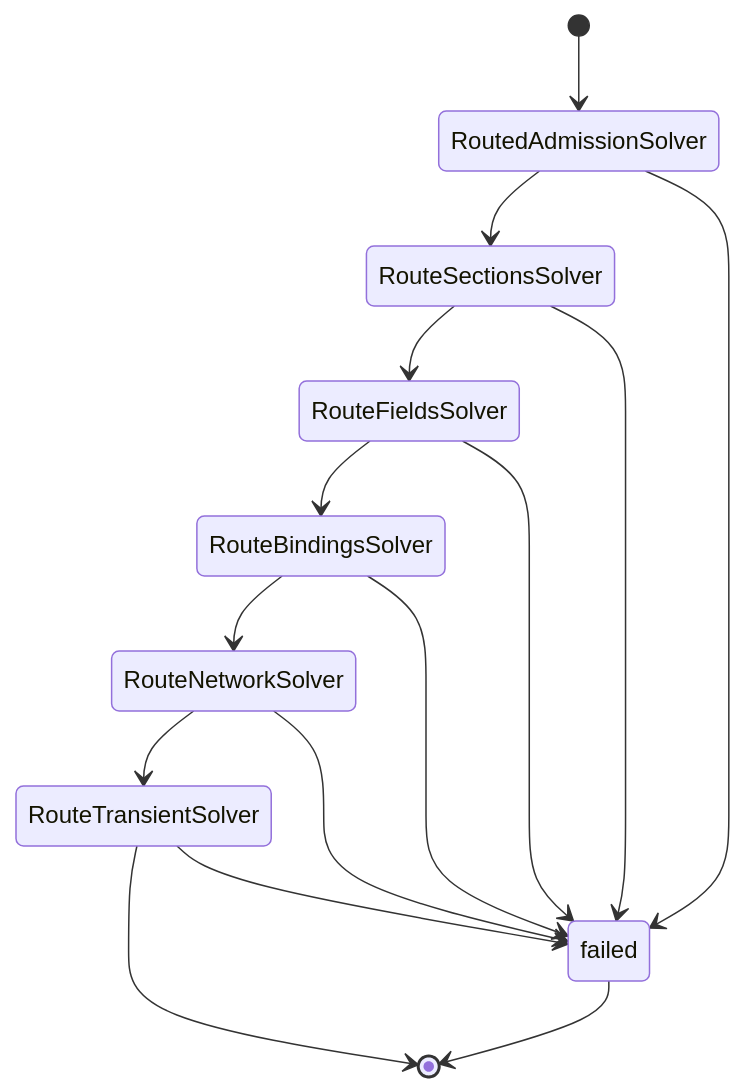
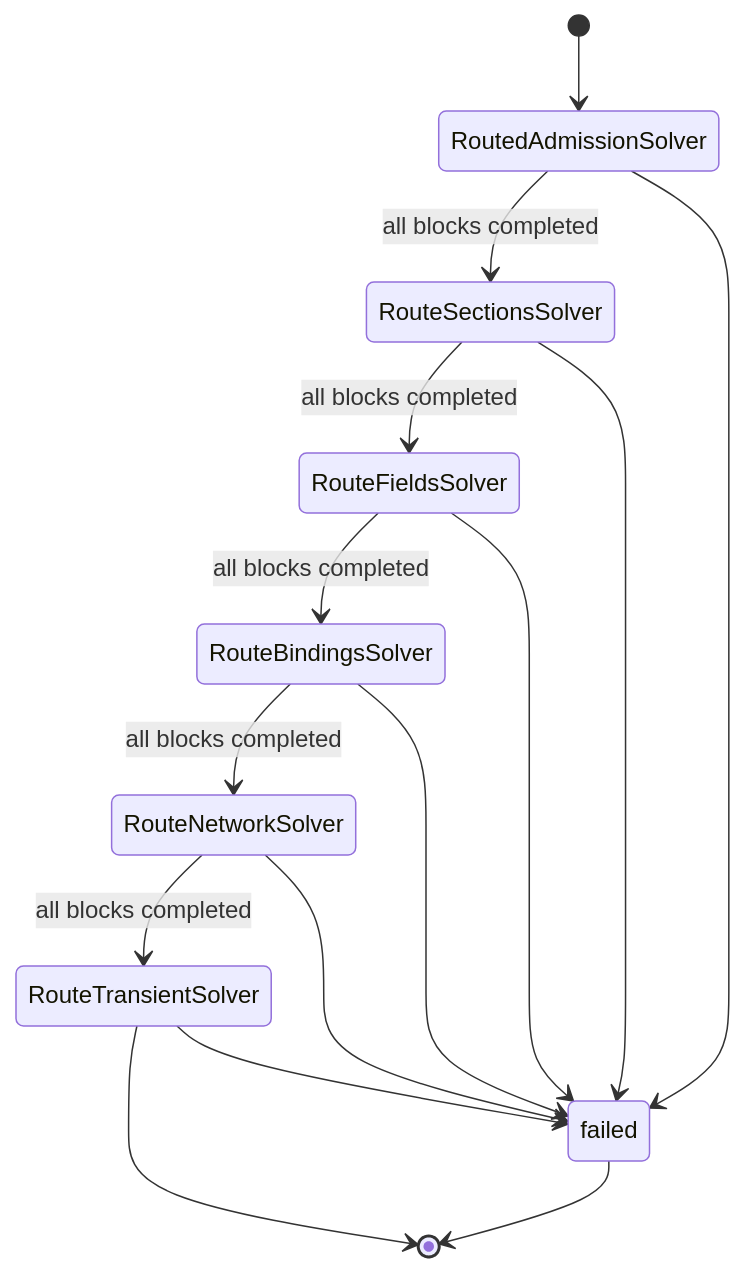
Before and after one commit to tscircuit/pcb-spice-pipeline: the fifth of 5 diagrams in README.md, drawn with Mermaid. The commit also changed other lines of this file and 33 other files, not shown here.

Commit message:
Flatten routed stages and add the solver selector

````diff
--- a/README.md
+++ b/README.md
@@ -177,17 +178,17 @@
 ```mermaid
 stateDiagram-v2
   [*] --> RoutedAdmissionSolver
-  RoutedAdmissionSolver --> RouteSectionsSolver
-  RouteSectionsSolver --> RouteFieldsSolver
-  RouteFieldsSolver --> RouteBindingsSolver
-  RouteBindingsSolver --> RouteNetworkSolver
-  RouteNetworkSolver --> RouteTransientSolver
+  RoutedAdmissionSolver --> RouteSectionsSolver: all blocks completed
+  RouteSectionsSolver --> RouteFieldsSolver: all blocks completed
+  RouteFieldsSolver --> RouteBindingsSolver: all blocks completed
+  RouteBindingsSolver --> RouteNetworkSolver: all blocks completed
+  RouteNetworkSolver --> RouteTransientSolver: all blocks completed
   RouteTransientSolver --> [*]
   RoutedAdmissionSolver --> failed
   RouteSectionsSolver --> failed
   RouteFieldsSolver --> failed
   RouteBindingsSolver --> failed
   RouteNetworkSolver --> failed
   RouteTransientSolver --> failed
   failed --> [*]
 ```
````
